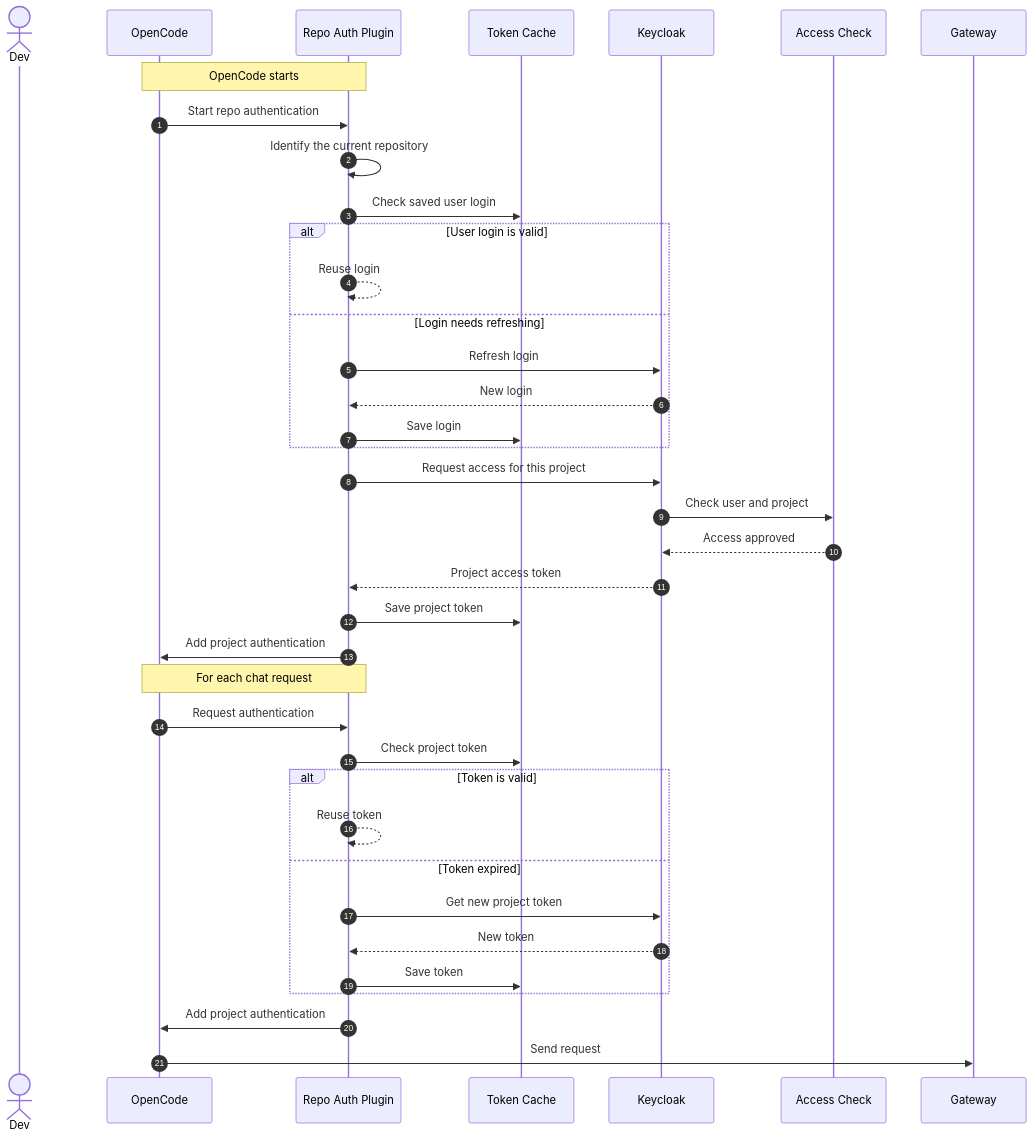
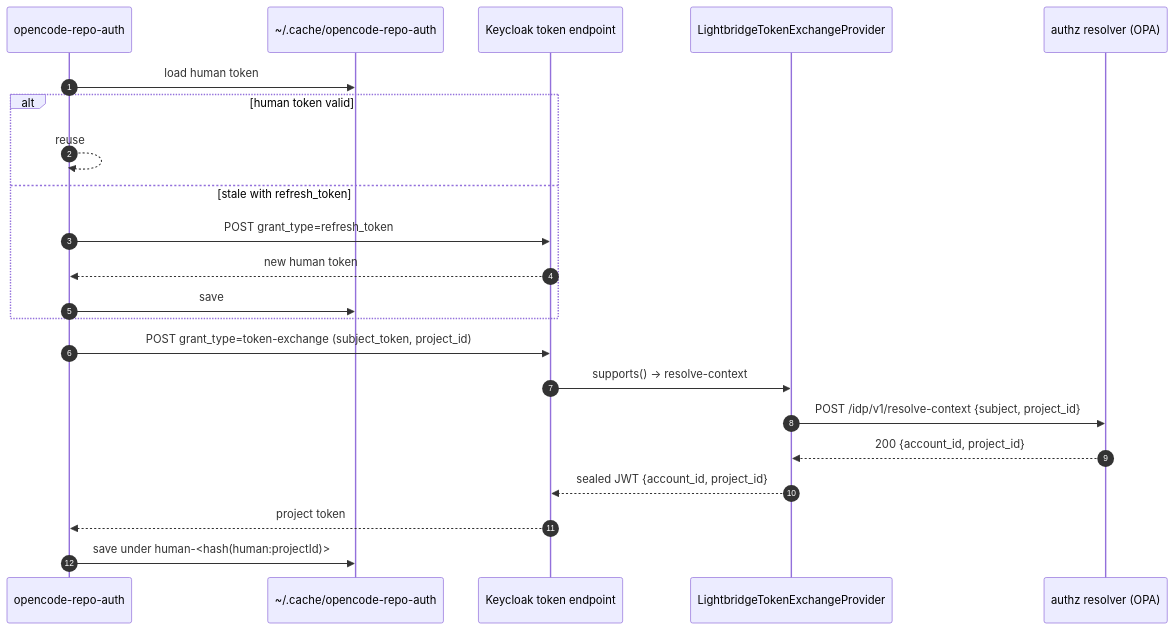
Before and after one commit to ADORSYS-GIS/lightbridge-opencode-toolbeit: the third of 3 diagrams in docs/repo-auth.md, drawn with Mermaid. The commit also changed other lines of this file and 12 other files, not shown here.

First line of the commit message:
feat(repo-auth)!: port to the OpenCode v2 plugin API (ADR-0019) (#136)

````diff
--- a/docs/repo-auth.md
+++ b/docs/repo-auth.md
@@ -379,46 +408,25 @@
 ```mermaid
 sequenceDiagram
-autonumber
-actor Dev
-participant OC as OpenCode
-participant RA as Repo Auth Plugin
-participant Cache as Token Cache
-participant KC as Keycloak
-participant AZ as Access Check
-participant GW as Gateway
+    autonumber
+    participant RA as opencode-repo-auth
+    participant Cache as ~/.cache/opencode-repo-auth
+    participant KC as Keycloak token endpoint
+    participant SPI as LightbridgeTokenExchangeProvider
+    participant AZ as authz resolver (OPA)
 
-Note over OC,RA: OpenCode starts
-OC->>RA: Start repo authentication
-RA->>RA: Identify the current repository
-RA->>Cache: Check saved user login
-
-alt User login is valid
-    RA-->>RA: Reuse login
-else Login needs refreshing
-    RA->>KC: Refresh login
-    KC-->>RA: New login
-    RA->>Cache: Save login
-end
-
-RA->>KC: Request access for this project
-KC->>AZ: Check user and project
-AZ-->>KC: Access approved
-KC-->>RA: Project access token
-RA->>Cache: Save project token
-RA->>OC: Add project authentication
-
-Note over OC,RA: For each chat request
-OC->>RA: Request authentication
-RA->>Cache: Check project token
-
-alt Token is valid
-    RA-->>RA: Reuse token
-else Token expired
-    RA->>KC: Get new project token
-    KC-->>RA: New token
-    RA->>Cache: Save token
-end
-
-RA->>OC: Add project authentication
-OC->>GW: Send request
+    RA->>Cache: load human token
+    alt human token valid
+        RA-->>RA: reuse
+    else stale with refresh_token
+        RA->>KC: POST grant_type=refresh_token
+        KC-->>RA: new human token
+        RA->>Cache: save
+    end
+    RA->>KC: POST grant_type=token-exchange (subject_token, project_id)
+    KC->>SPI: supports() → resolve-context
+    SPI->>AZ: POST /idp/v1/resolve-context {subject, project_id}
+    AZ-->>SPI: 200 {account_id, project_id}
+    SPI-->>KC: sealed JWT {account_id, project_id}
+    KC-->>RA: project token
+    RA->>Cache: save under human-<hash(human:projectId)>
 ```
````
